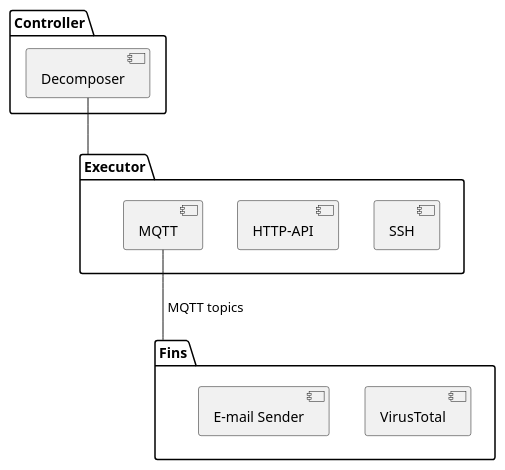
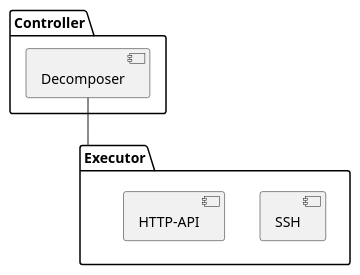
The second of 4 diagrams in docs/content/en/docs/core-components/executer.md (COSSAS/SOARCA), drawn with PlantUML before and after one commit. The commit also changed other lines of this file and 24 other files, not shown here.

````diff
--- a/docs/content/en/docs/core-components/executer.md
+++ b/docs/content/en/docs/core-components/executer.md
@@ -135,20 +135,13 @@
 ```plantuml
 
 package "Controller" {
 component Decomposer as parser
 
 }
 package "Executor" {
     component SSH as exe2
     component "HTTP-API" as exe1
-    component MQTT as exe3
-}
-
-package "Fins" {
-    component "VirusTotal" as virustotal
-    component "E-mail Sender" as email
 }
 
 parser -- Executor
-exe3 -- Fins : " MQTT topics"
 ```
````
